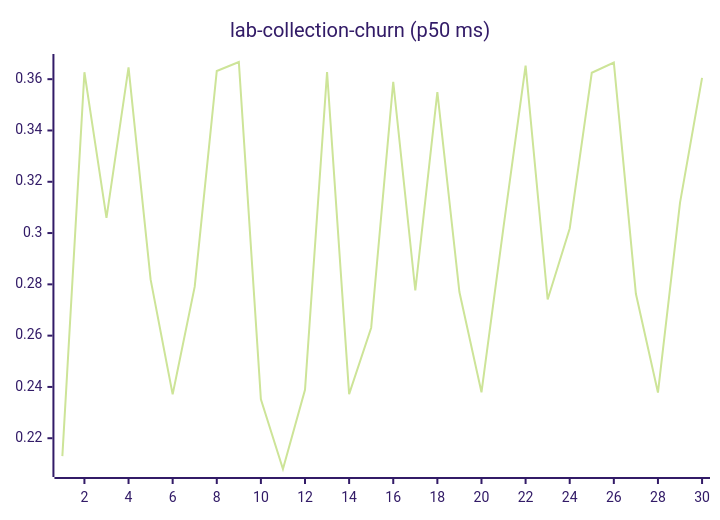
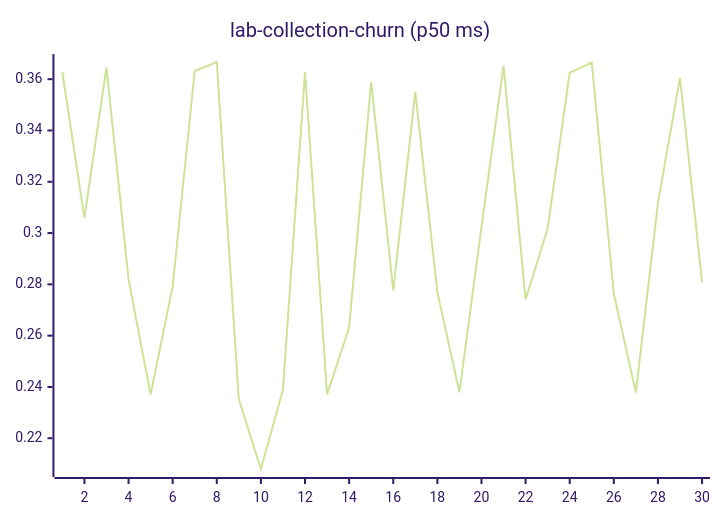
One commit to josha/Facet changed diagram 11 of 27 in README.md. Above: the diagram before and after it, drawn with Mermaid (forest theme). The commit also changed other lines of this file and 2 other files, not shown here.

````diff
--- a/README.md
+++ b/README.md
@@ -133,6 +133,6 @@
 ```mermaid
 xychart-beta
     title "lab-collection-churn (p50 ms)"
     x-axis 1 --> 30
-    line [0.2130, 0.3627, 0.3059, 0.3646, 0.2819, 0.2371, 0.2791, 0.3632, 0.3667, 0.2352, 0.2080, 0.2389, 0.3628, 0.2372, 0.2631, 0.3590, 0.2776, 0.3550, 0.2770, 0.2379, 0.3024, 0.3653, 0.2741, 0.3018, 0.3625, 0.3665, 0.2763, 0.2378, 0.3118, 0.3605]
+    line [0.3627, 0.3059, 0.3646, 0.2819, 0.2371, 0.2791, 0.3632, 0.3667, 0.2352, 0.2080, 0.2389, 0.3628, 0.2372, 0.2631, 0.3590, 0.2776, 0.3550, 0.2770, 0.2379, 0.3024, 0.3653, 0.2741, 0.3018, 0.3625, 0.3665, 0.2763, 0.2378, 0.3118, 0.3605, 0.2808]
 ```
````
